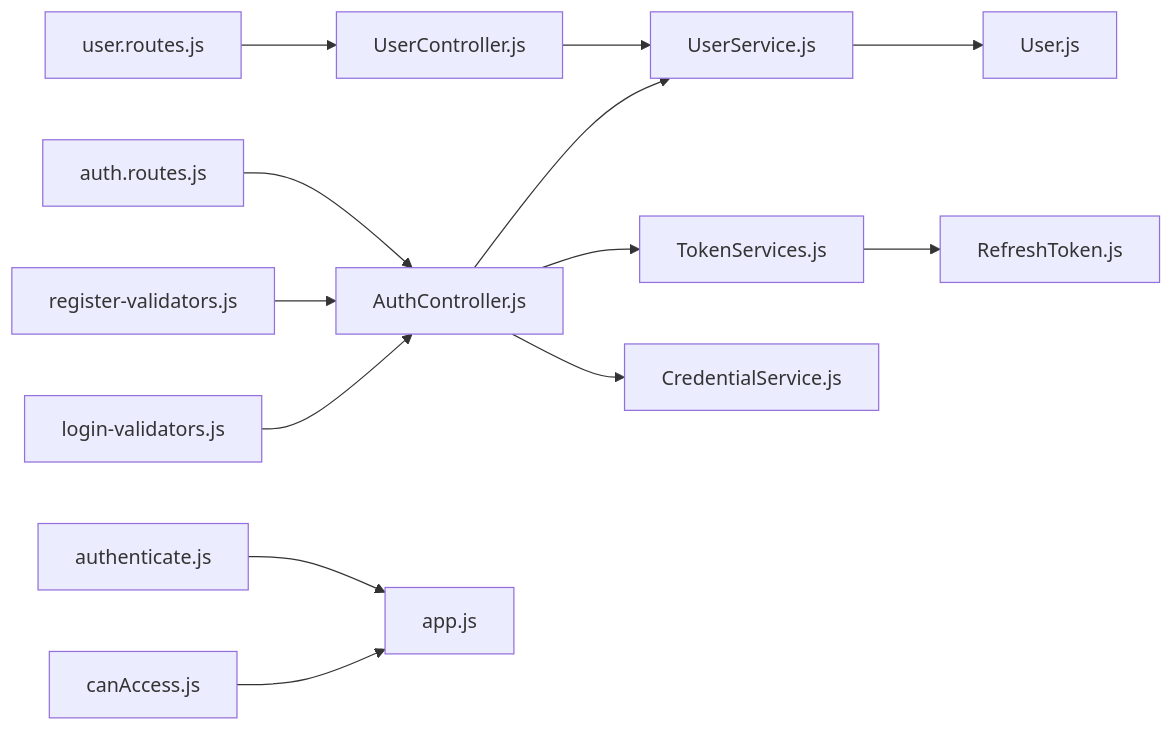
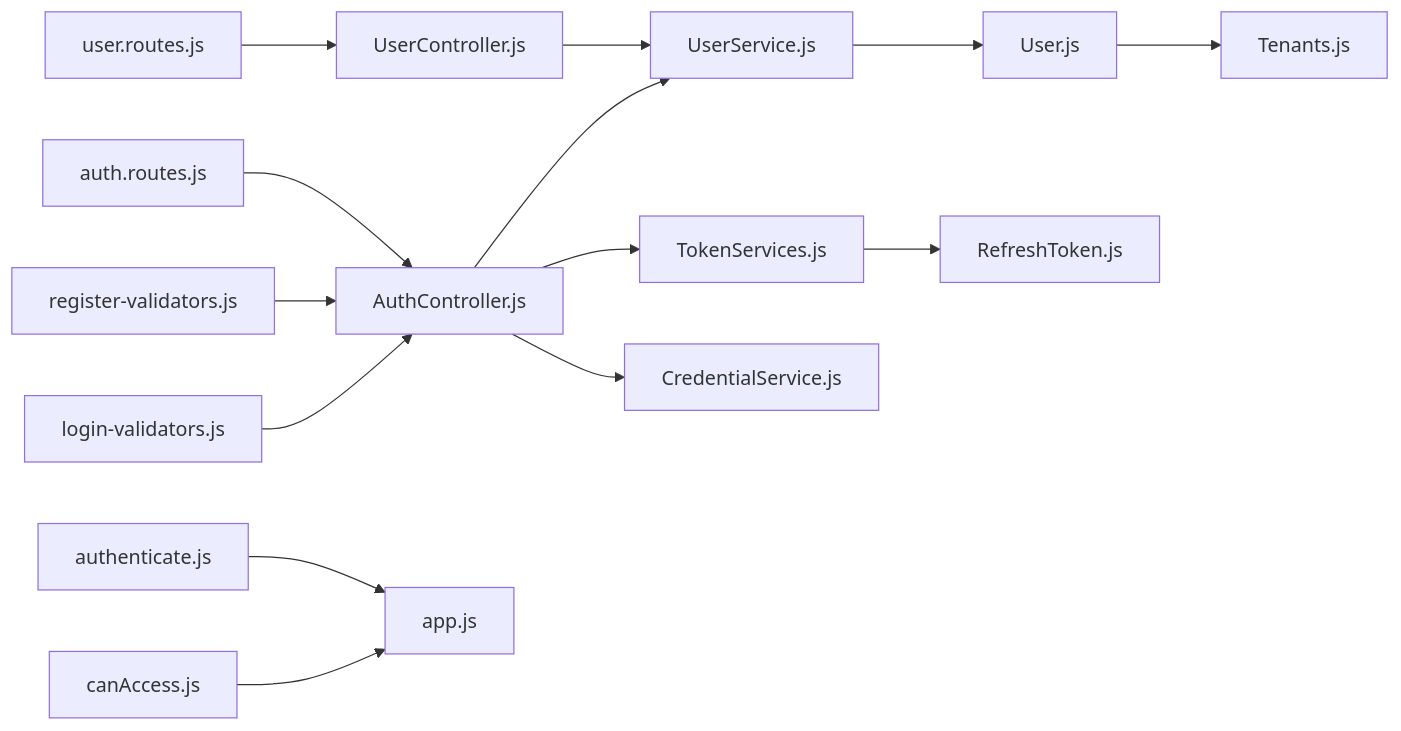
One commit to Trampoline999/mernspace-c-auth-service changed the seventh of 7 diagrams in .qoder/repowiki/en/content/User Management/User Management.md. Above: the diagram before and after it, drawn with Mermaid. The commit also changed other lines of this file and 47 other files, not shown here.

````diff
--- a/.qoder/repowiki/en/content/User Management/User Management.md
+++ b/.qoder/repowiki/en/content/User Management/User Management.md
@@ -463,15 +489,16 @@
 ```mermaid
 graph LR
 RUser["user.routes.js"] --> CUser["UserController.js"]
 RAuth["auth.routes.js"] --> CAuth["AuthController.js"]
 CUser --> SUser["UserService.js"]
 CAuth --> SUser
 CAuth --> STok["TokenServices.js"]
 CAuth --> SCred["CredentialService.js"]
 SUser --> EUser["User.js"]
 STok --> ERT["RefreshToken.js"]
 MAuth["authenticate.js"] --> App["app.js"]
 MCan["canAccess.js"] --> App
 VReg["register-validators.js"] --> CAuth
 VLog["login-validators.js"] --> CAuth
+EUser --> ETenant["Tenants.js"]
 ```
````
